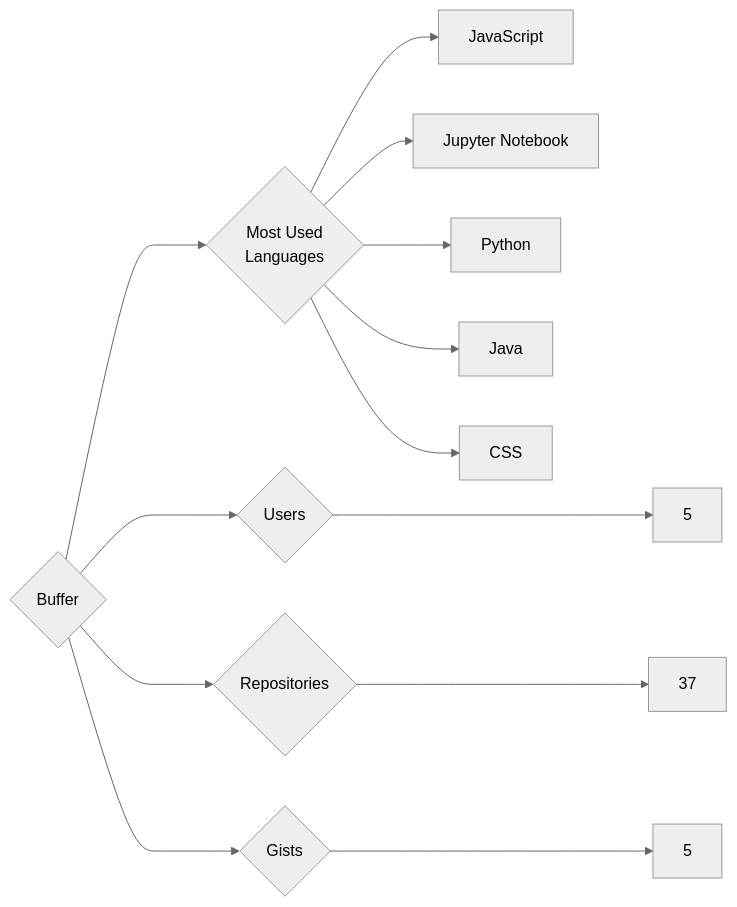
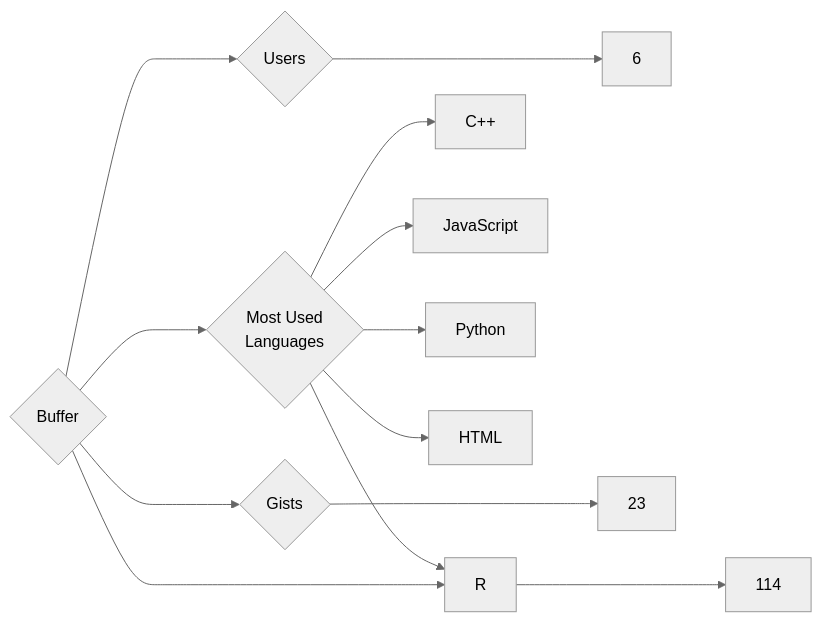
Before and after one commit to trickest/insiders: the diagram in targets/Buffer/README.md, drawn with Mermaid (neutral theme). The commit also changed 888 other files, not shown here.

````diff
--- a/targets/Buffer/README.md
+++ b/targets/Buffer/README.md
@@ -3,13 +3,13 @@
 ```mermaid
 graph LR
 COMPANY_NAME{Buffer}
-COMPANY_NAME ---> U{Users} ---> UN[5]
-COMPANY_NAME ---> R{Repositories} ---> RN[37]
-COMPANY_NAME ---> G{Gists} ---> GN[5]
+COMPANY_NAME ---> U{Users} ---> UN[6]
+COMPANY_NAME ---> R{Repositories} ---> RN[114]
+COMPANY_NAME ---> G{Gists} ---> GN[23]
 COMPANY_NAME ---> ML{Most Used<br>Languages}
+ML --> C++[C++]
 ML --> JavaScript[JavaScript]
-ML --> Jupyter_Notebook[Jupyter Notebook]
+ML --> R[R]
 ML --> Python[Python]
-ML --> Java[Java]
-ML --> CSS[CSS]
+ML --> HTML[HTML]
 ```
````
